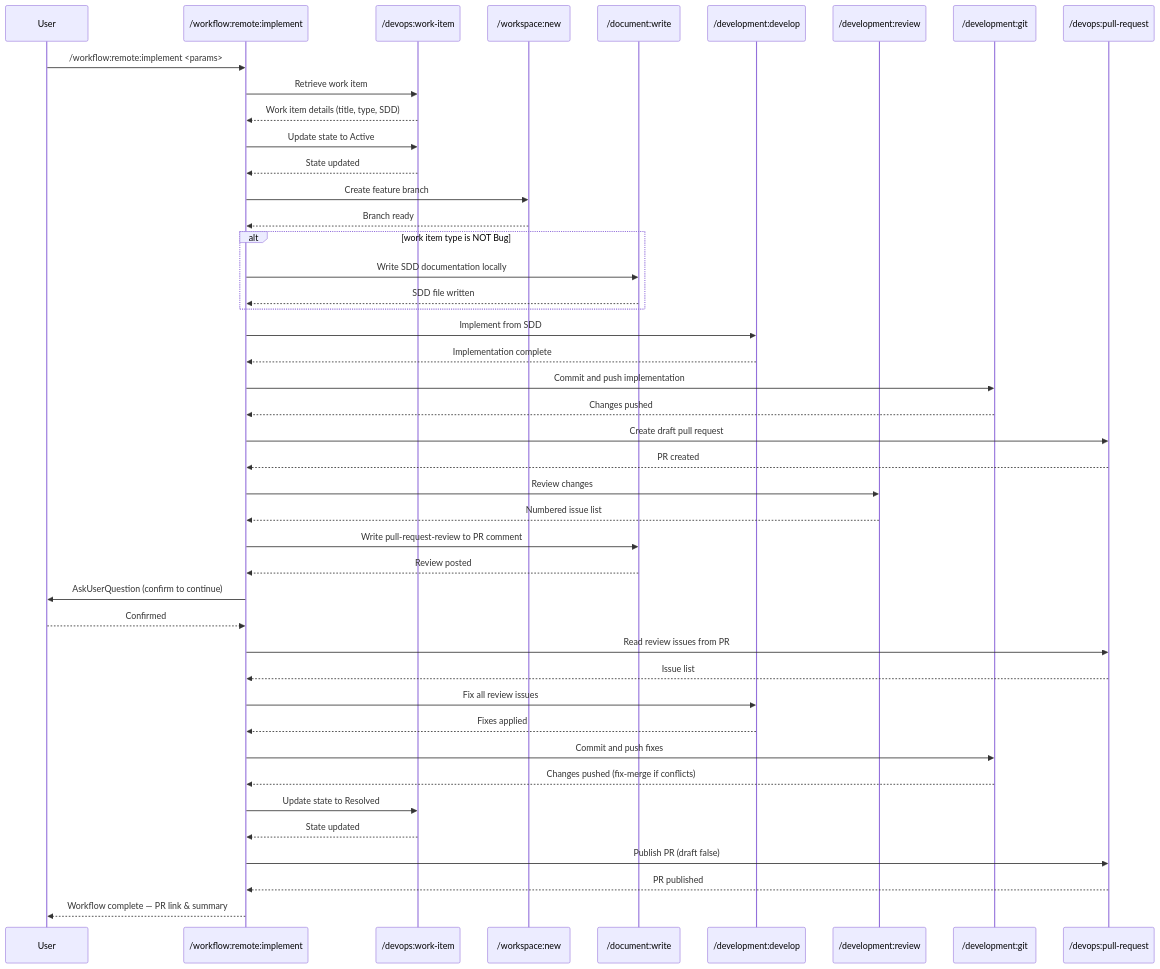
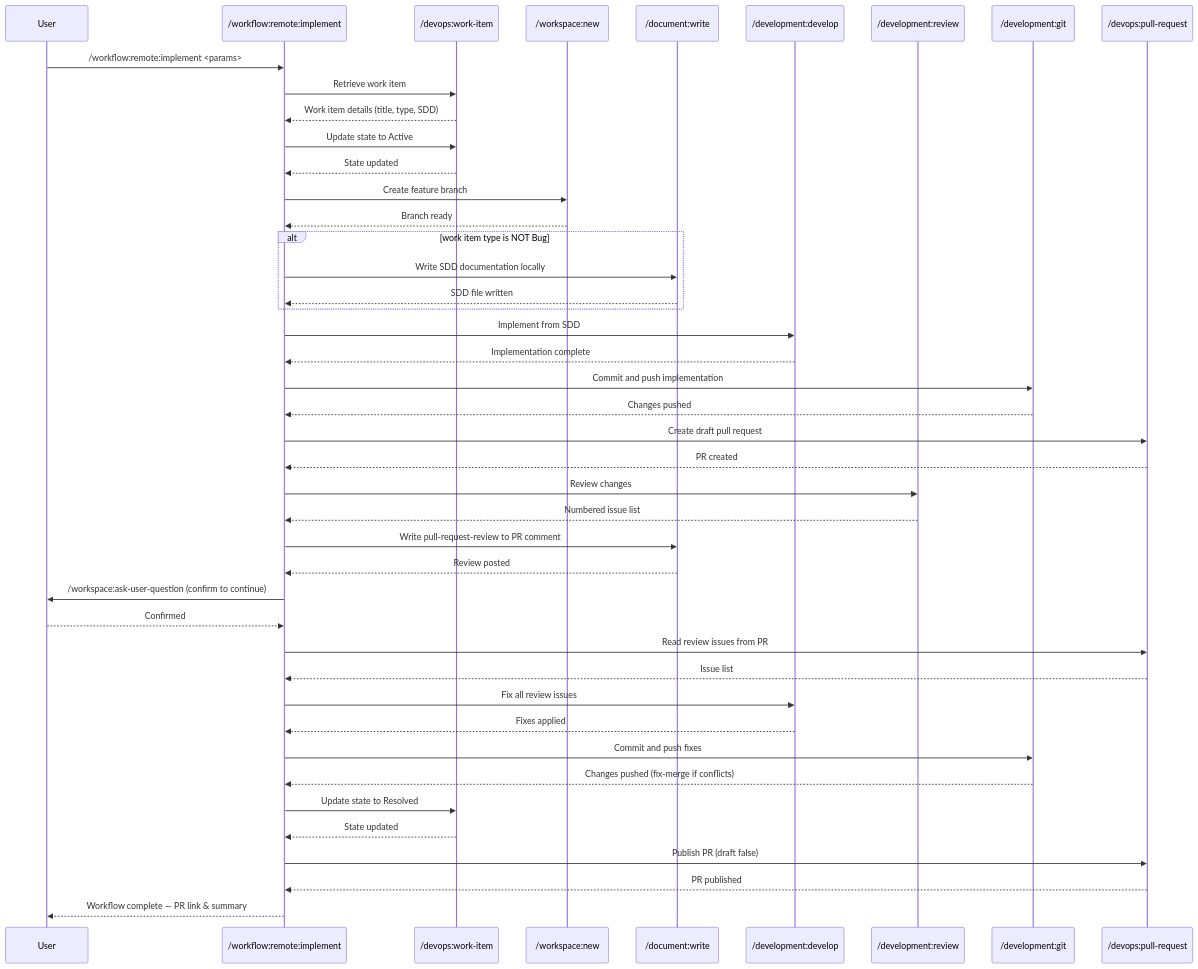
Before and after one commit to zzaia/zzaia-agentic-workspace: the diagram in .claude/commands/workflow/remote/implement.md, drawn with Mermaid. The commit also changed 6 other files, not shown here.

Commit message:
Change the use of AskUserQuestion to new command;

````diff
--- a/.claude/commands/workflow/remote/implement.md
+++ b/.claude/commands/workflow/remote/implement.md
@@ -113,59 +113,59 @@
 ```mermaid
 sequenceDiagram
     participant U as User
     participant P as /workflow:remote:implement
     participant WI as /devops:work-item
     participant WN as /workspace:new
     participant DW as /document:write
     participant DD as /development:develop
     participant DR as /development:review
     participant DG as /development:git
     participant PR as /devops:pull-request
 
     U->>P: /workflow:remote:implement <params>
 
     P->>WI: Retrieve work item
     WI-->>P: Work item details (title, type, SDD)
     P->>WI: Update state to Active
     WI-->>P: State updated
 
     P->>WN: Create feature branch
     WN-->>P: Branch ready
 
     alt work item type is NOT Bug
         P->>DW: Write SDD documentation locally
         DW-->>P: SDD file written
     end
 
     P->>DD: Implement from SDD
     DD-->>P: Implementation complete
 
     P->>DG: Commit and push implementation
     DG-->>P: Changes pushed
 
     P->>PR: Create draft pull request
     PR-->>P: PR created
 
     P->>DR: Review changes
     DR-->>P: Numbered issue list
     P->>DW: Write pull-request-review to PR comment
     DW-->>P: Review posted
-    P->>U: AskUserQuestion (confirm to continue)
+    P->>U: /workspace:ask-user-question (confirm to continue)
     U-->>P: Confirmed
 
     P->>PR: Read review issues from PR
     PR-->>P: Issue list
 
     P->>DD: Fix all review issues
     DD-->>P: Fixes applied
 
     P->>DG: Commit and push fixes
     DG-->>P: Changes pushed (fix-merge if conflicts)
     P->>WI: Update state to Resolved
     WI-->>P: State updated
 
     P->>PR: Publish PR (draft false)
     PR-->>P: PR published
 
     P-->>U: Workflow complete — PR link & summary
 ```
````
